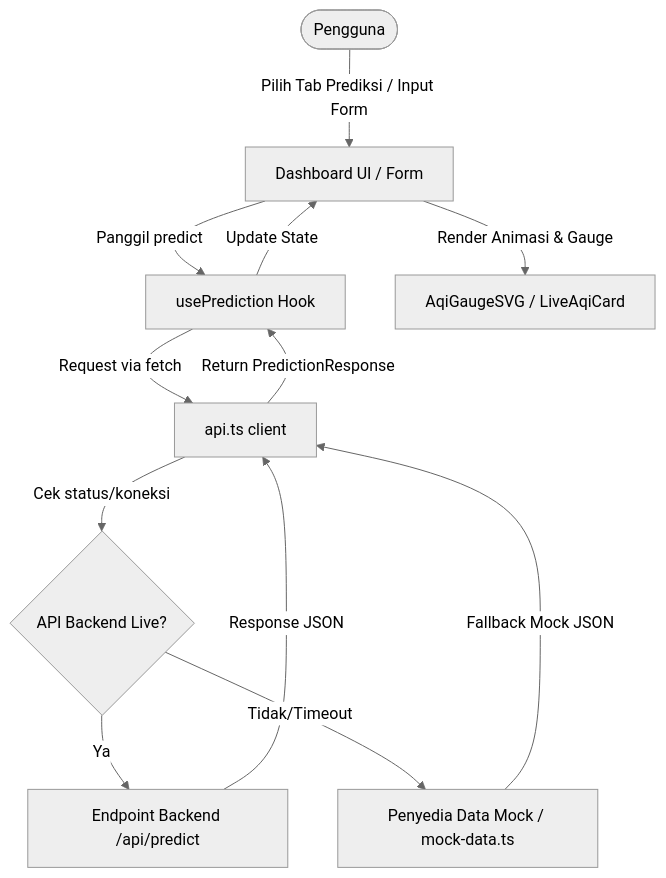
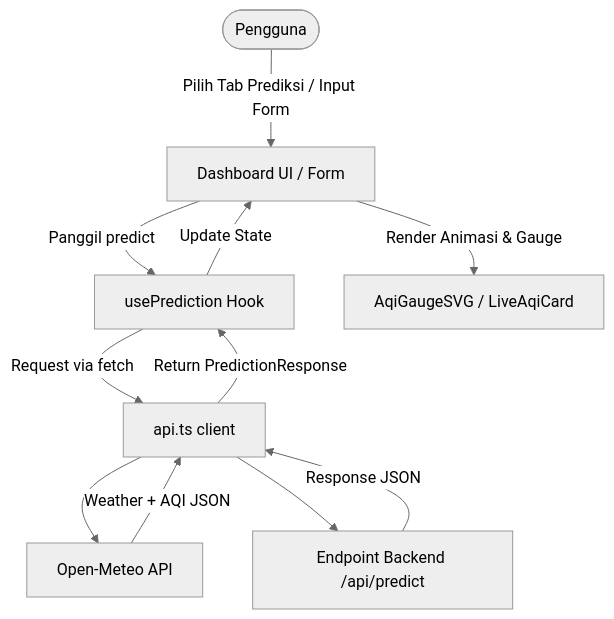
Before and after one commit to jempolbagas/TUBES-AI-Frontend: the diagram in README.md, drawn with Mermaid (neutral theme).

Commit message:
Potential fix for pull request finding

````diff
--- a/README.md
+++ b/README.md
@@ -60,14 +60,13 @@
 ```mermaid
 graph TD
     User([Pengguna]) -->|Pilih Tab Prediksi / Input Form| UI[Dashboard UI / Form]
     UI -->|Panggil predict| Hook[usePrediction Hook]
     Hook -->|Request via fetch| API[api.ts client]
-    API -->|Cek status/koneksi| Backend{API Backend Live?}
-    Backend -->|Ya| Server[Endpoint Backend /api/predict]
-    Backend -->|Tidak/Timeout| Mock[Penyedia Data Mock / mock-data.ts]
-    Server -->|Response JSON| API
-    Mock -->|Fallback Mock JSON| API
+    API --> OpenMeteo[Open-Meteo API]
+    OpenMeteo -->|Weather + AQI JSON| API
+    API --> Backend[Endpoint Backend /api/predict]
+    Backend -->|Response JSON| API
     API -->|Return PredictionResponse| Hook
     Hook -->|Update State| UI
     UI -->|Render Animasi & Gauge| Gauge[AqiGaugeSVG / LiveAqiCard]
 ```
````
